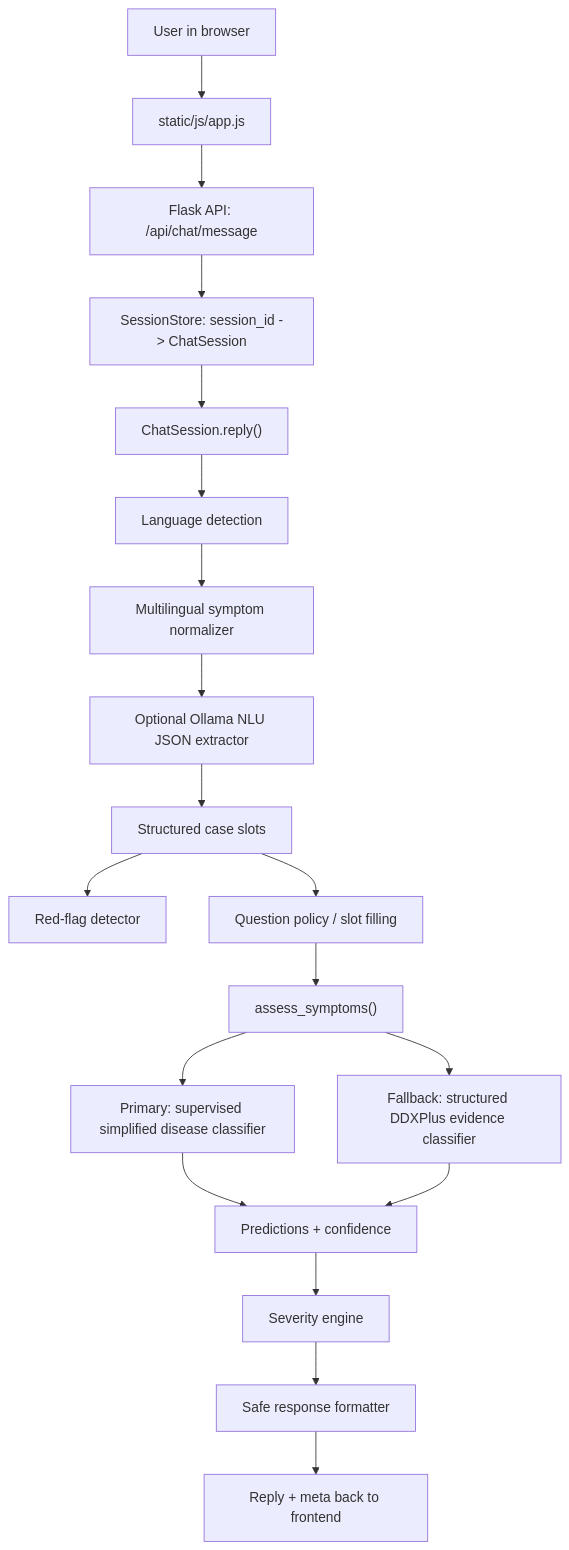
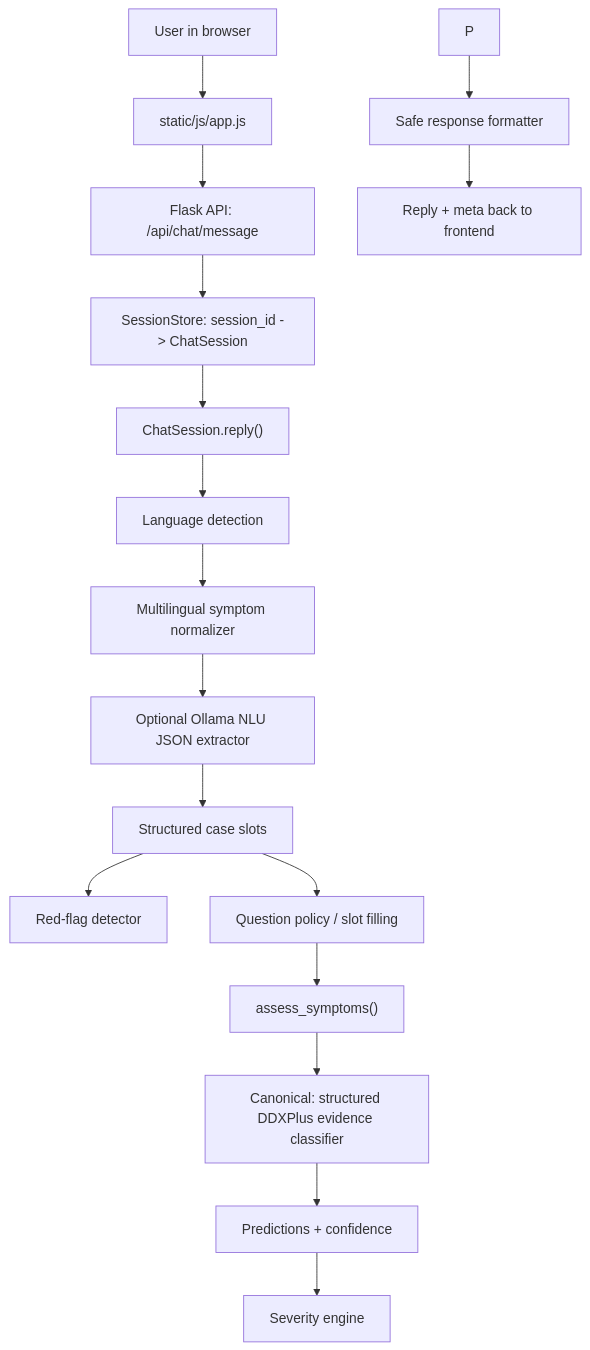
Before and after one commit to harshitjoshicmfeb26-pixel/healthbot-ai: the diagram in docs/PROJECT_INTERVIEW_GUIDE.md, drawn with Mermaid. The commit also changed other lines of this file and 6 other files, not shown here.

Commit message:
Align documentation with final verified architecture

````diff
--- a/docs/PROJECT_INTERVIEW_GUIDE.md
+++ b/docs/PROJECT_INTERVIEW_GUIDE.md
@@ -46,21 +46,19 @@
 ```mermaid
 flowchart TD
     A["User in browser"] --> B["static/js/app.js"]
     B --> C["Flask API: /api/chat/message"]
     C --> D["SessionStore: session_id -> ChatSession"]
     D --> E["ChatSession.reply()"]
     E --> F["Language detection"]
     F --> G["Multilingual symptom normalizer"]
     G --> H["Optional Ollama NLU JSON extractor"]
     H --> I["Structured case slots"]
     I --> J["Red-flag detector"]
     I --> K["Question policy / slot filling"]
     K --> L["assess_symptoms()"]
-    L --> M["Primary: supervised simplified disease classifier"]
-    L --> N["Fallback: structured DDXPlus evidence classifier"]
-    M --> O["Predictions + confidence"]
-    N --> O
-    O --> P["Severity engine"]
+    L --> M["Canonical: structured DDXPlus evidence classifier"]
+    M --> N["Predictions + confidence"]
+    N --> O["Severity engine"]
     P --> Q["Safe response formatter"]
     Q --> R["Reply + meta back to frontend"]
 ```
````
